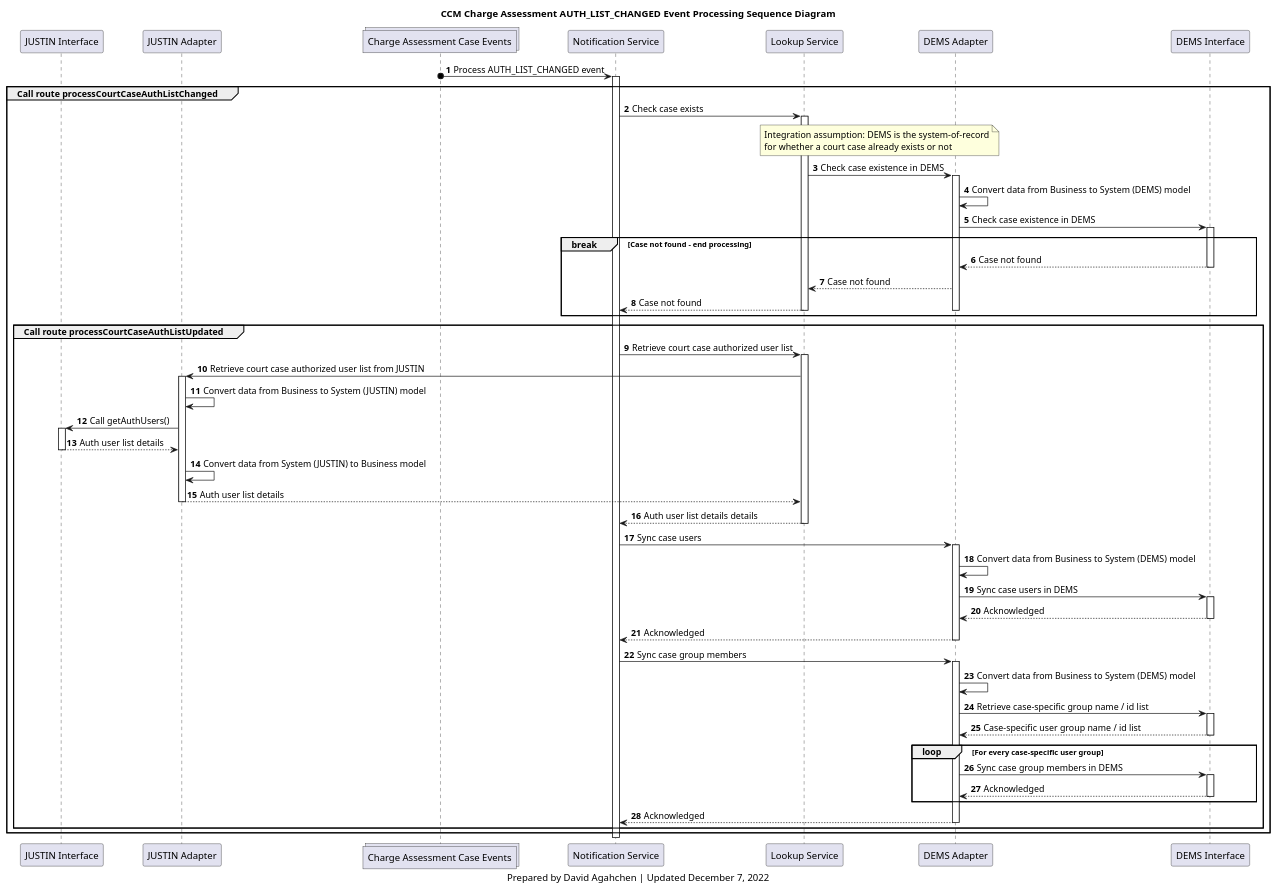
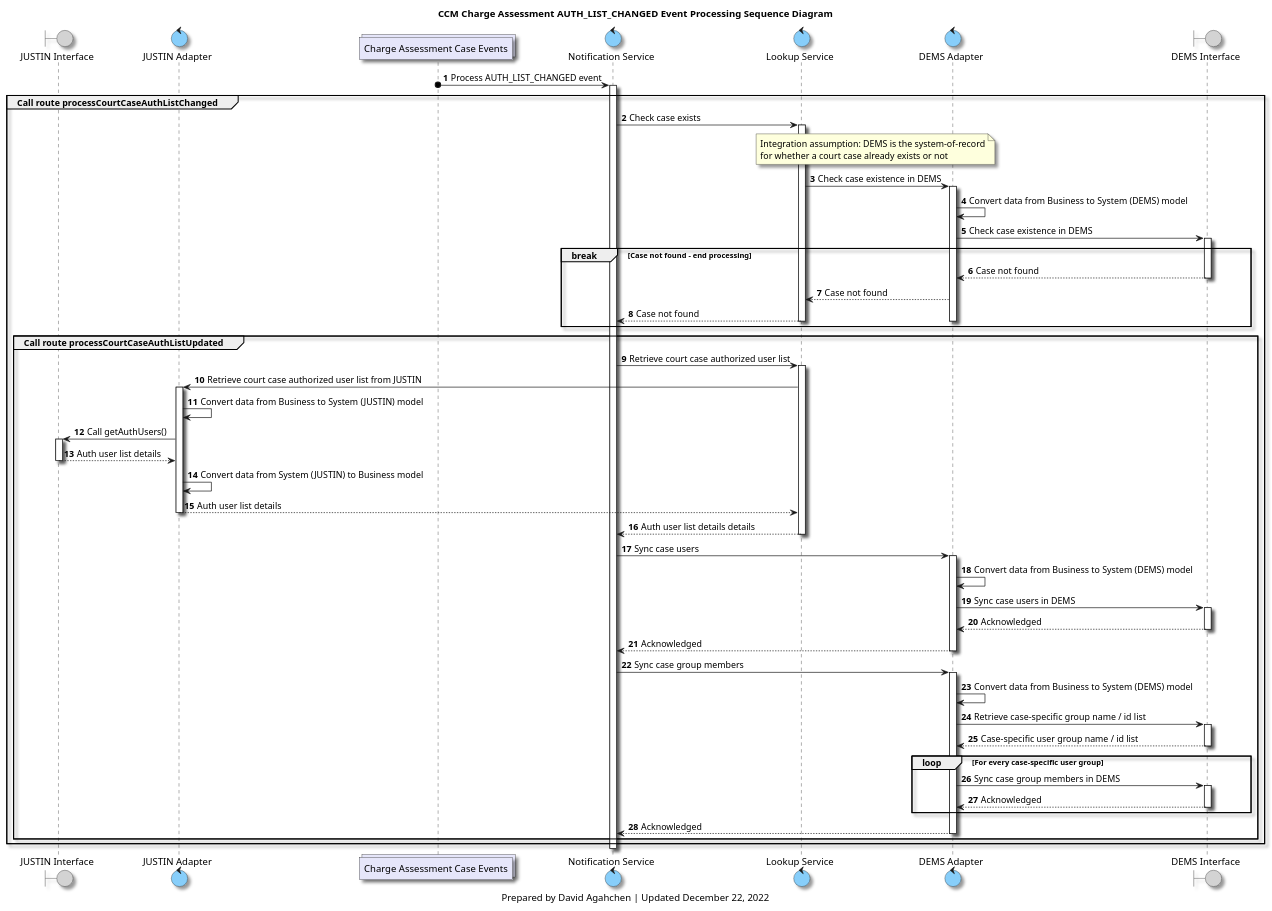
One commit to bcgov/jpss-jade-ccm changed the diagram in diagrams/ccm_charge_assessment_case_auth_list_changed_processing_sequence_diagram.plantuml. Above: the diagram before and after it, drawn with PlantUML. The commit also changed 21 other files, not shown here.

Commit message:
Updated sequence diagrams

```diff
--- a/diagrams/ccm_charge_assessment_case_auth_list_changed_processing_sequence_diagram.plantuml
+++ b/diagrams/ccm_charge_assessment_case_auth_list_changed_processing_sequence_diagram.plantuml
@@ -1,95 +1,106 @@
 @startuml
 'hide footbox
-participant j_interface as "JUSTIN Interface"
-participant j_adapter as "JUSTIN Adapter"
+
+skinparam Shadowing true
+skinparam CollectionsBackgroundColor Lavender
+skinparam ControlBackgroundColor LightSkyBlue
+skinparam BoundaryBackgroundColor LightGrey
+
+/' 
+Available colours
+https://plantuml-documentation.readthedocs.io/en/latest/formatting/color-names.html
+'/
+
+boundary j_interface as "JUSTIN Interface"
+control j_adapter as "JUSTIN Adapter"
 collections charge_assessment_cases_topic as "Charge Assessment Case Events"
-participant notification_service as "Notification Service"
-participant lookup_service as "Lookup Service"
-participant d_adapter as "DEMS Adapter"
-participant d_interface as "DEMS Interface"
+control notification_service as "Notification Service"
+control lookup_service as "Lookup Service"
+control d_adapter as "DEMS Adapter"
+boundary d_interface as "DEMS Interface"
 
 title
 CCM Charge Assessment AUTH_LIST_CHANGED Event Processing Sequence Diagram
 end title
 
 autonumber
 
 charge_assessment_cases_topic o-> notification_service : Process AUTH_LIST_CHANGED event
 activate notification_service
 
 group Call route processCourtCaseAuthListChanged
 
     notification_service -> lookup_service: Check case exists
     activate lookup_service
     note over lookup_service, d_adapter
     Integration assumption: DEMS is the system-of-record
     for whether a court case already exists or not
     end note
     lookup_service -> d_adapter: Check case existence in DEMS
     activate d_adapter
     d_adapter -> d_adapter: Convert data from Business to System (DEMS) model
     d_adapter -> d_interface: Check case existence in DEMS
     activate d_interface
 
     break Case not found - end processing
     d_interface --> d_adapter: Case not found
     deactivate d_interface
     d_adapter --> lookup_service: Case not found
     lookup_service --> notification_service: Case not found
     deactivate lookup_service
     deactivate d_adapter
     end break
 
     group Call route processCourtCaseAuthListUpdated
 
         notification_service -> lookup_service: Retrieve court case authorized user list
         activate lookup_service
         lookup_service -> j_adapter: Retrieve court case authorized user list from JUSTIN
 
         activate j_adapter
         j_adapter -> j_adapter: Convert data from Business to System (JUSTIN) model
         j_adapter -> j_interface: Call getAuthUsers()
         activate j_interface
         j_interface --> j_adapter: Auth user list details
         deactivate j_interface
         j_adapter -> j_adapter: Convert data from System (JUSTIN) to Business model
         j_adapter --> lookup_service: Auth user list details
         deactivate j_adapter
 
         lookup_service --> notification_service: Auth user list details details
         deactivate lookup_service
 
         notification_service -> d_adapter: Sync case users
         activate d_adapter
         d_adapter -> d_adapter: Convert data from Business to System (DEMS) model
         d_adapter -> d_interface: Sync case users in DEMS
         activate d_interface
         d_interface --> d_adapter: Acknowledged
         deactivate d_interface
         d_adapter --> notification_service: Acknowledged
         deactivate d_adapter
 
         notification_service -> d_adapter: Sync case group members
         activate d_adapter
         d_adapter -> d_adapter: Convert data from Business to System (DEMS) model
         d_adapter -> d_interface: Retrieve case-specific group name / id list
         activate d_interface
         d_interface --> d_adapter: Case-specific user group name / id list
         deactivate d_interface
         loop For every case-specific user group
             d_adapter -> d_interface: Sync case group members in DEMS
             activate d_interface
             d_interface --> d_adapter: Acknowledged
             deactivate d_interface
         end
         d_adapter --> notification_service: Acknowledged
         deactivate d_adapter
     end group
 end group
 
 deactivate notification_service
 
 caption
-Prepared by David Agahchen | Updated December 7, 2022
+Prepared by David Agahchen | Updated December 22, 2022
 end caption
 @enduml
```
